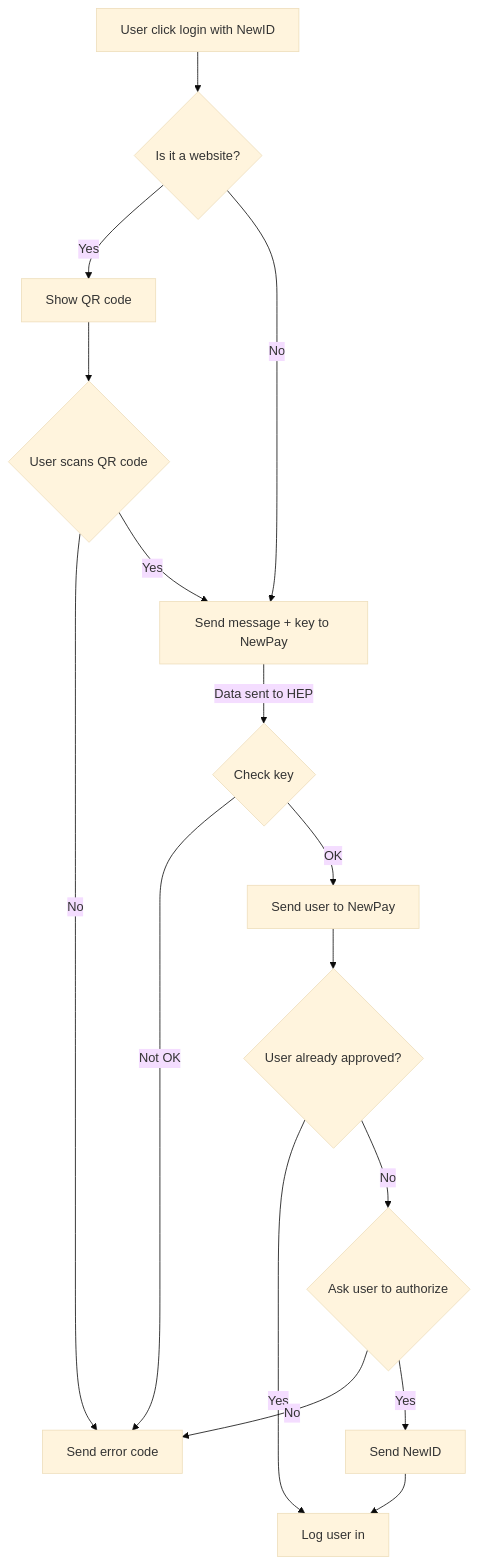
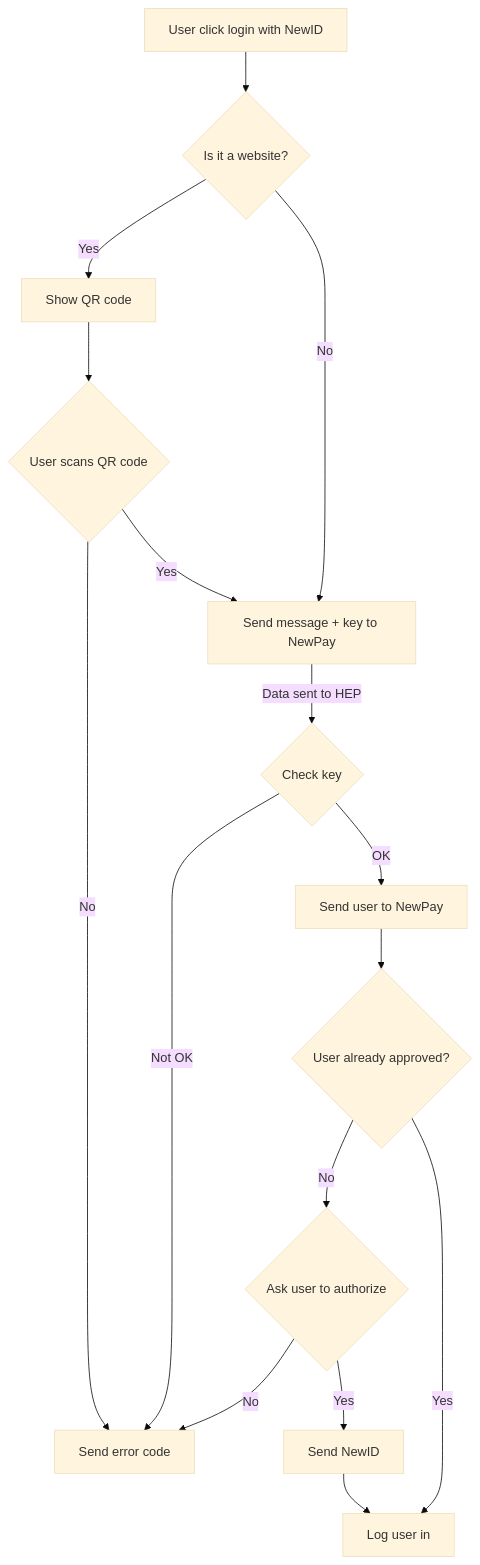
Before and after one commit to newtonproject/HEP-specification: the diagram in login_flowchart.md, drawn with Mermaid (base theme). The commit also changed other lines of this file, not shown here.

````diff
--- a/login_flowchart.md
+++ b/login_flowchart.md
@@ -1,19 +1,19 @@
 ```mermaid
 graph TD
 Click[User click login with NewID] --> web_check{Is it a website?}
 web_check--> |Yes| qr[Show QR code]
 web_check--> |No| send_req_newpay
 qr --> user_scan{User scans QR code}
 user_scan-->|No| Err
 user_scan-->|Yes| send_req_newpay
 send_req_newpay[Send message + key to NewPay];
 send_req_newpay --> |Data sent to HEP| check_key{Check key}
 check_key -->|Not OK| Err[Send error code]
 check_key -->|OK| redirect_newpay[Send user to NewPay]
 redirect_newpay --> user_exist{User already approved?}
+user_exist-->|No| user_auth_ask{Ask user to authorize}
 user_exist-->|Yes| login_user
-user_exist-->|No| user_auth_ask{Ask user to authorize}
 user_auth_ask-->|No| Err
 user_auth_ask-->|Yes| send_newid[Send NewID]
 send_newid --> login_user[Log user in]
 ```
````
